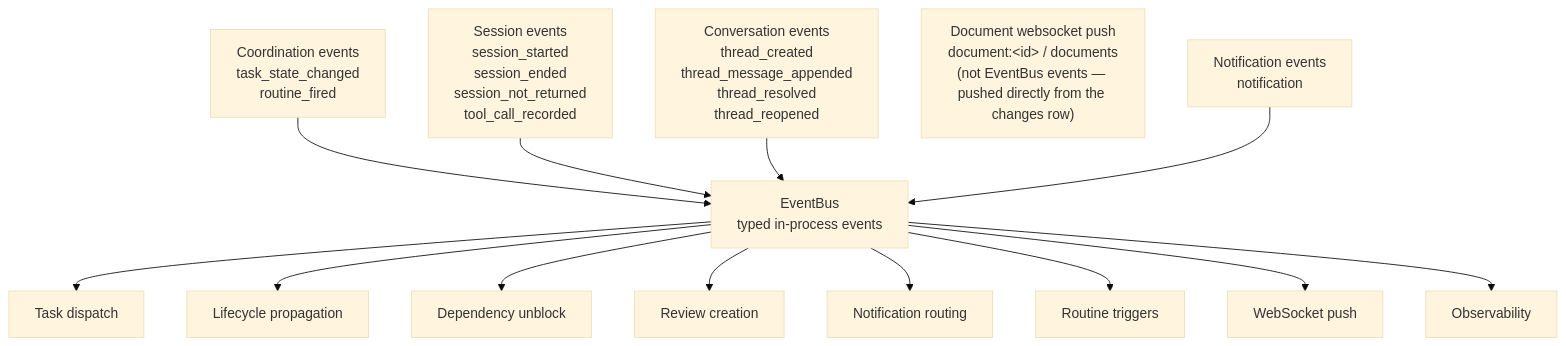
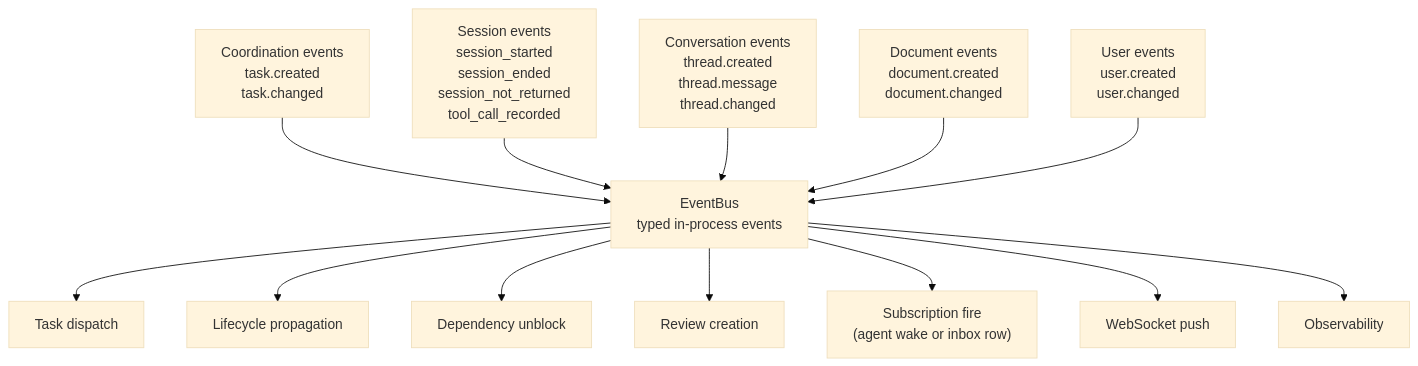
Diagram 12 of 13 in docs/architecture/as-implemented-domain-architecture.md (idle-builders/hyperidle), drawn with Mermaid (base theme) before and after one commit. The commit also changed other lines of this file and 653 other files, not shown here.

First line of the commit message:
User module with subscriptions: search, open, edit a user; routines and notifications become one mechanism (#559)

````diff
--- a/docs/architecture/as-implemented-domain-architecture.md
+++ b/docs/architecture/as-implemented-domain-architecture.md
@@ -305,19 +329,18 @@
 ```mermaid
 flowchart TB
   EventBus["EventBus\ntyped in-process events"]
 
-  CoordinationEvents["Coordination events\ntask_state_changed\nroutine_fired"] --> EventBus
+  CoordinationEvents["Coordination events\ntask.created\ntask.changed"] --> EventBus
   SessionEvents["Session events\nsession_started\nsession_ended\nsession_not_returned\ntool_call_recorded"] --> EventBus
-  ConversationEvents["Conversation events\nthread_created\nthread_message_appended\nthread_resolved\nthread_reopened"] --> EventBus
-  DocumentWsPush["Document websocket push\ndocument:&lt;id&gt; / documents\n(not EventBus events — pushed directly from the changes row)"]
-  NotificationEvents["Notification events\nnotification"] --> EventBus
+  ConversationEvents["Conversation events\nthread.created\nthread.message\nthread.changed"] --> EventBus
+  DocumentEvents["Document events\ndocument.created\ndocument.changed"] --> EventBus
+  UserEvents["User events\nuser.created\nuser.changed"] --> EventBus
 
   EventBus --> TaskDispatch["Task dispatch"]
   EventBus --> Lifecycle["Lifecycle propagation"]
   EventBus --> Dependency["Dependency unblock"]
   EventBus --> ReviewCreation["Review creation"]
-  EventBus --> Notifications["Notification routing"]
-  EventBus --> Routines["Routine triggers"]
+  EventBus --> SubscriptionFire["Subscription fire\n(agent wake or inbox row)"]
   EventBus --> Push["WebSocket push"]
   EventBus --> Observability["Observability"]
 ```
````
